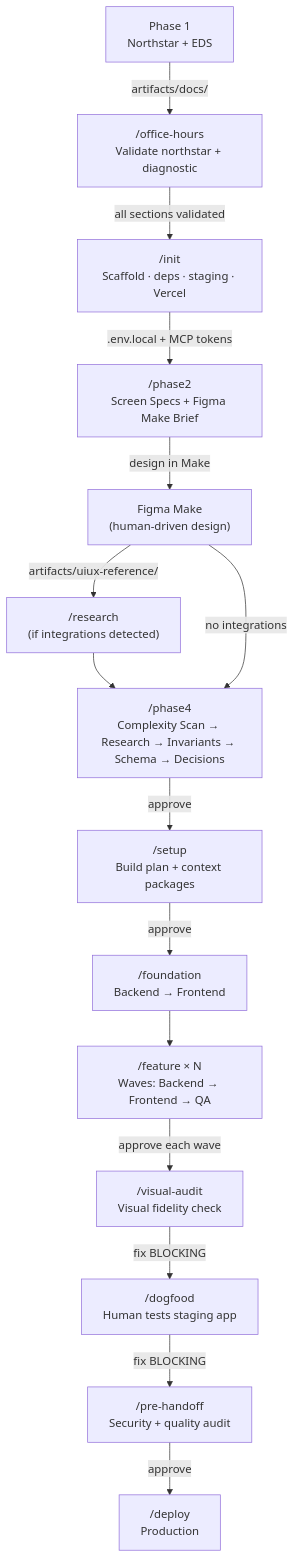
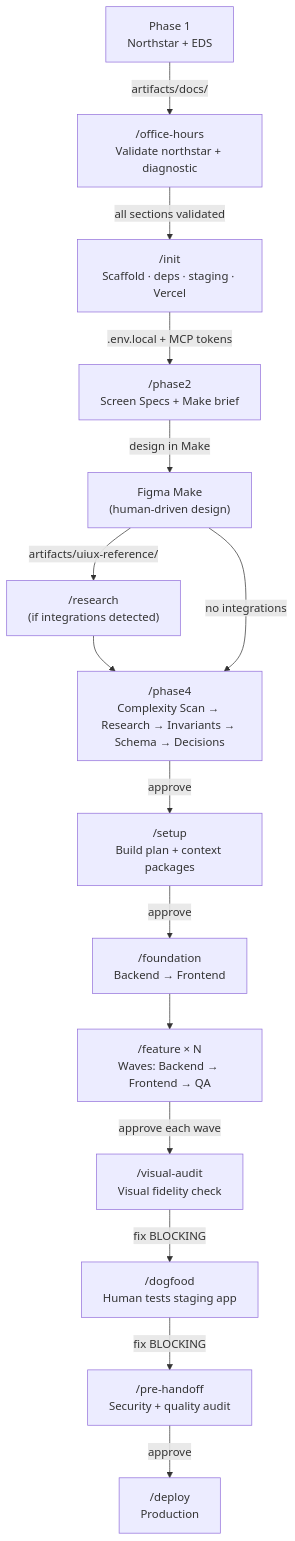
The diagram in RAD-GUIDE.md (tad-agentics/getviews.vn), drawn with Mermaid before and after one commit. The commit also changed 15 other files, not shown here.

First line of the commit message:
chore: remove figma brief artifact; script UI parity with uiux ref

````diff
--- a/RAD-GUIDE.md
+++ b/RAD-GUIDE.md
@@ -518,32 +518,32 @@
 ```mermaid
 flowchart TD
     A["Phase 1\nNorthstar + EDS"]
     OH["/office-hours\nValidate northstar + diagnostic"]
     B["/init\nScaffold · deps · staging · Vercel"]
-    C["/phase2\nScreen Specs + Figma Make Brief"]
+    C["/phase2\nScreen Specs + Make brief"]
     C2["Figma Make\n(human-driven design)"]
     D["/research\n(if integrations detected)"]
     E["/phase4\nComplexity Scan → Research → Invariants → Schema → Decisions"]
     F["/setup\nBuild plan + context packages"]
     G["/foundation\nBackend → Frontend"]
     H["/feature × N\nWaves: Backend → Frontend → QA"]
     I["/visual-audit\nVisual fidelity check"]
     DF["/dogfood\nHuman tests staging app"]
     J["/pre-handoff\nSecurity + quality audit"]
     K["/deploy\nProduction"]
 
     A -->|"artifacts/docs/"| OH
     OH -->|"all sections validated"| B
     B -->|".env.local + MCP tokens"| C
     C -->|"design in Make"| C2
     C2 -->|"artifacts/uiux-reference/"| D
     D --> E
     C2 -->|"no integrations"| E
     E -->|"approve"| F
     F -->|"approve"| G
     G --> H
     H -->|"approve each wave"| I
     I -->|"fix BLOCKING"| DF
     DF -->|"fix BLOCKING"| J
     J -->|"approve"| K
 ```
````
